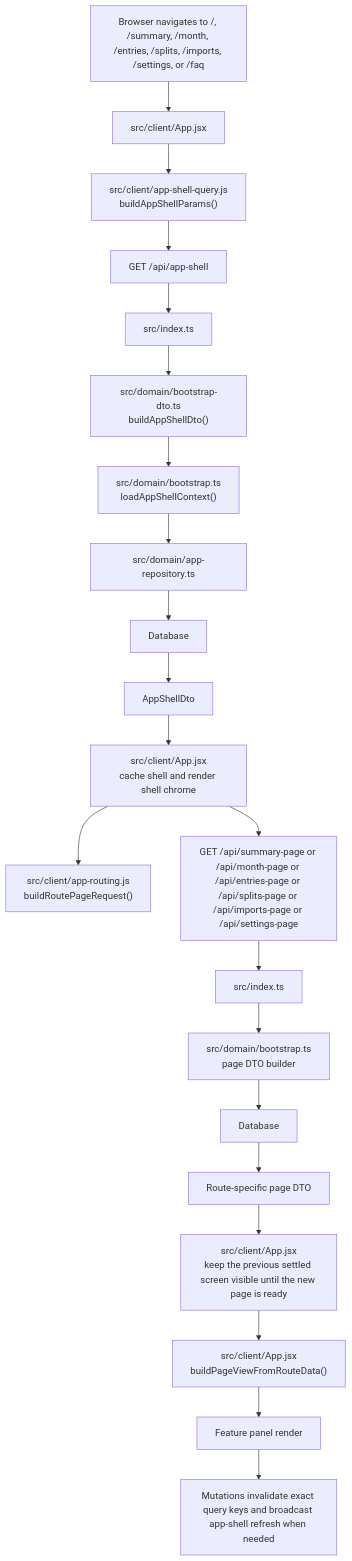
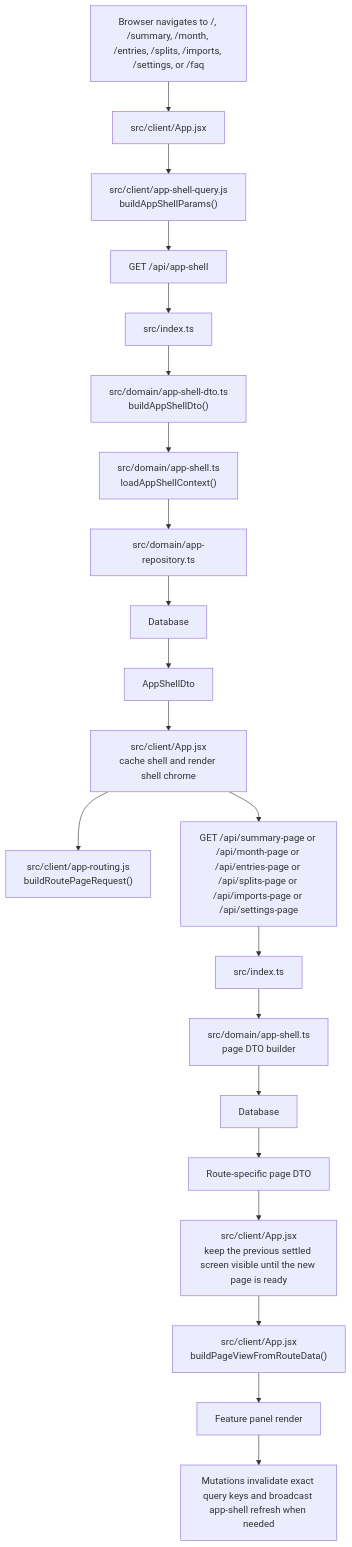
One commit to timothysantos/monies-map changed the diagram in docs/app-shell-flow.md. Above: the diagram before and after it, drawn with Mermaid. The commit also changed other lines of this file and 7 other files, not shown here.

Commit message:
Rename bootstrap modules to app shell

````diff
--- a/docs/app-shell-flow.md
+++ b/docs/app-shell-flow.md
@@ -9,23 +9,23 @@
 ```mermaid
 flowchart TD
   A["Browser navigates to /, /summary, /month, /entries, /splits, /imports, /settings, or /faq"] --> B["src/client/App.jsx"]
   B --> C["src/client/app-shell-query.js<br/>buildAppShellParams()"]
   C --> D["GET /api/app-shell"]
   D --> E["src/index.ts"]
-  E --> F["src/domain/bootstrap-dto.ts<br/>buildAppShellDto()"]
-  F --> G["src/domain/bootstrap.ts<br/>loadAppShellContext()"]
+  E --> F["src/domain/app-shell-dto.ts<br/>buildAppShellDto()"]
+  F --> G["src/domain/app-shell.ts<br/>loadAppShellContext()"]
   G --> H["src/domain/app-repository.ts"]
   H --> I["Database"]
   I --> J["AppShellDto"]
   J --> K["src/client/App.jsx<br/>cache shell and render shell chrome"]
   K --> L["src/client/app-routing.js<br/>buildRoutePageRequest()"]
   K --> M["GET /api/summary-page or /api/month-page or /api/entries-page or /api/splits-page or /api/imports-page or /api/settings-page"]
   M --> N["src/index.ts"]
-  N --> O["src/domain/bootstrap.ts<br/>page DTO builder"]
+  N --> O["src/domain/app-shell.ts<br/>page DTO builder"]
   O --> P["Database"]
   P --> Q["Route-specific page DTO"]
   Q --> R["src/client/App.jsx<br/>keep the previous settled screen visible until the new page is ready"]
   R --> S["src/client/App.jsx<br/>buildPageViewFromRouteData()"]
   S --> T["Feature panel render"]
   T --> U["Mutations invalidate exact query keys and broadcast app-shell refresh when needed"]
 ```
````
